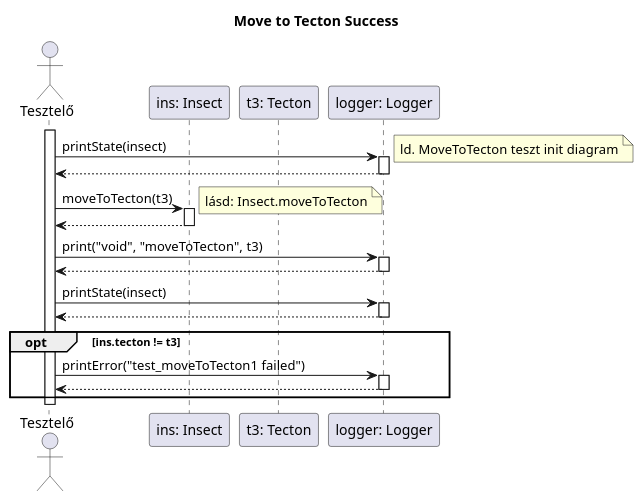
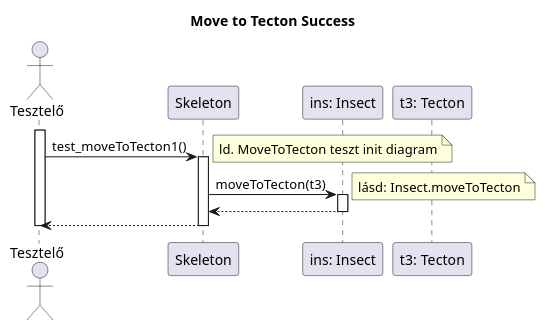
The diagram in diagrams/test-sequence/insect/moveToTecton1.plantuml (dzsem/projlab), drawn with PlantUML before and after one commit. The commit also changed 5 other files, not shown here.

Commit message:
Add Skeleton call and remove logger mentions

```diff
--- a/diagrams/test-sequence/insect/moveToTecton1.plantuml
+++ b/diagrams/test-sequence/insect/moveToTecton1.plantuml
@@ -1,47 +1,37 @@
 @startuml test_moveToTecton1
 
 title Move to Tecton Success
 
 actor "Tesztelő" as t
+participant "Skeleton" as ske
 participant "ins: Insect" as i
 participant "t3: Tecton" as t3
-participant "logger: Logger" as logger
 
 activate t
 
-t -> logger: printState(insect)
+t -> ske: test_moveToTecton1()
 note right: ld. MoveToTecton teszt init diagram
-activate logger
+activate ske
 
-t <-- logger
-deactivate logger
+	ske -> i: moveToTecton(t3)
+	activate i
+	note right: lásd: Insect.moveToTecton
 
-t -> i: moveToTecton(t3)
-activate i
-note right: lásd: Insect.moveToTecton
+	ske <-- i
+	deactivate i
 
-t <-- i
-deactivate i
+' idk hogy ez kelleni fog-e valamilyen formában ~tams
+'	opt ins.tecton != t3
+'		t -> logger: printError("test_moveToTecton1 failed")
+'		activate logger
+'
+'		t <-- logger
+'		deactivate logger
+'	end
 
-t -> logger: print("void", "moveToTecton", t3)
-activate logger
-
-t <-- logger
-deactivate logger
-
-t -> logger: printState(insect)
-activate logger
-t <-- logger
-deactivate logger
-
-opt ins.tecton != t3
-	t -> logger: printError("test_moveToTecton1 failed")
-	activate logger
-
-	t <-- logger
-	deactivate logger
-end
+t <-- ske
+deactivate ske
 
 deactivate t
 
 @enduml
```
